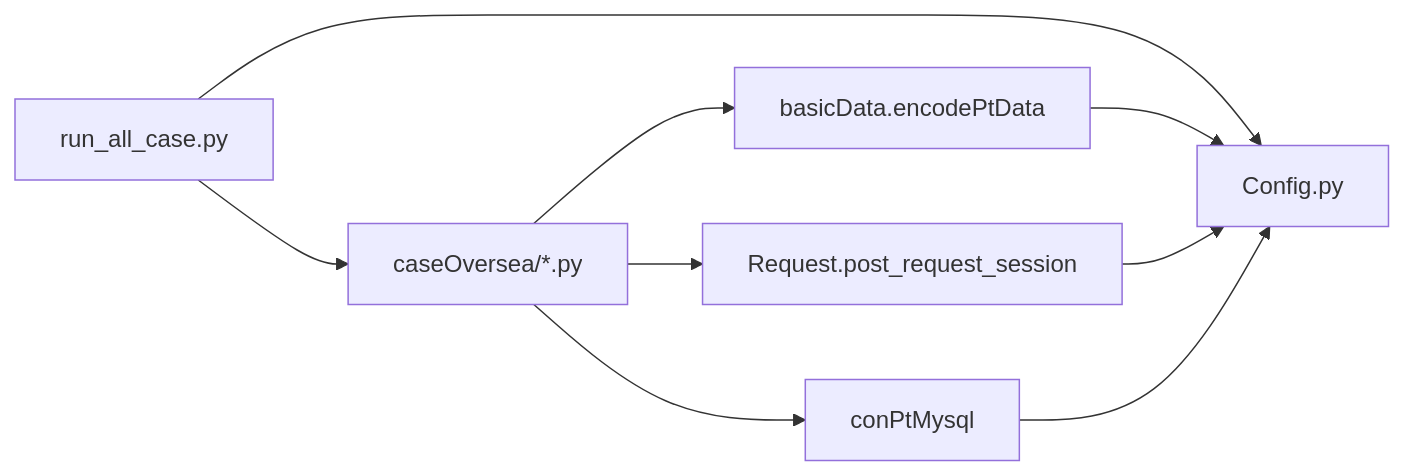
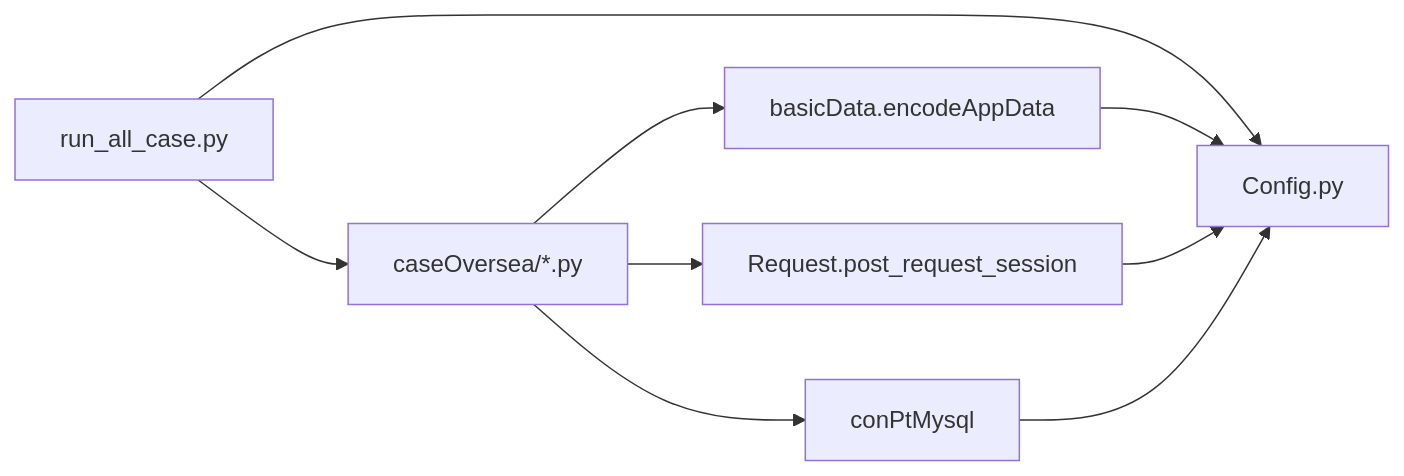
Before and after one commit to liximing1-ola/qa-payTest: the sixth of 6 diagrams in .qoder/repowiki/zh/content/平台支持/PT海外版平台.md, drawn with Mermaid. The commit also changed other lines of this file and 6 other files, not shown here.

````diff
--- a/.qoder/repowiki/zh/content/平台支持/PT海外版平台.md
+++ b/.qoder/repowiki/zh/content/平台支持/PT海外版平台.md
@@ -230,11 +244,11 @@
 ```mermaid
 graph LR
 Run["run_all_case.py"] --> Conf["Config.py"]
 Run --> Cases["caseOversea/*.py"]
-Cases --> Enc["basicData.encodePtData"]
+Cases --> Enc["basicData.encodeAppData"]
 Cases --> Req["Request.post_request_session"]
 Cases --> DB["conPtMysql"]
 Enc --> Conf
 Req --> Conf
 DB --> Conf
 ```
````
